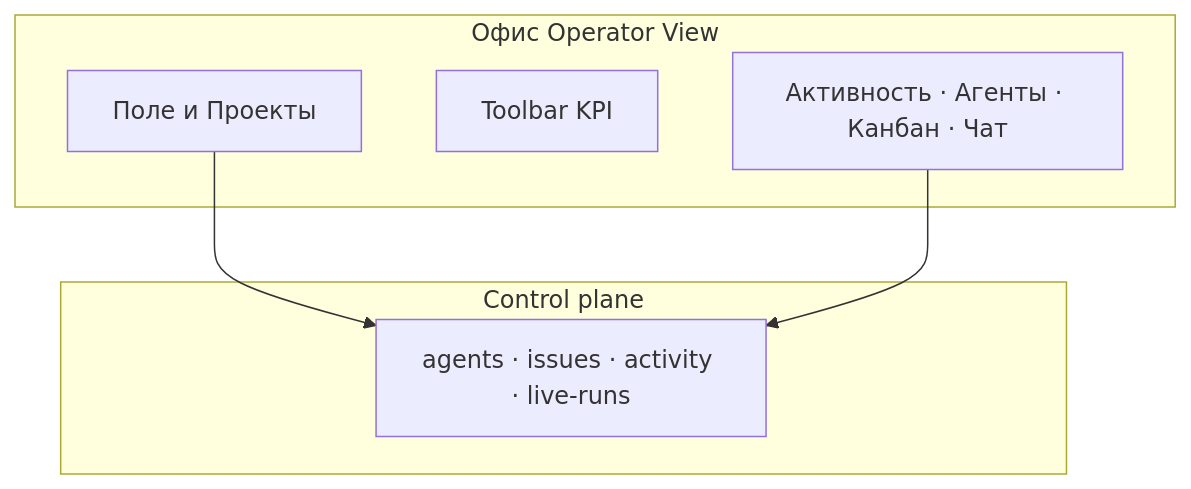
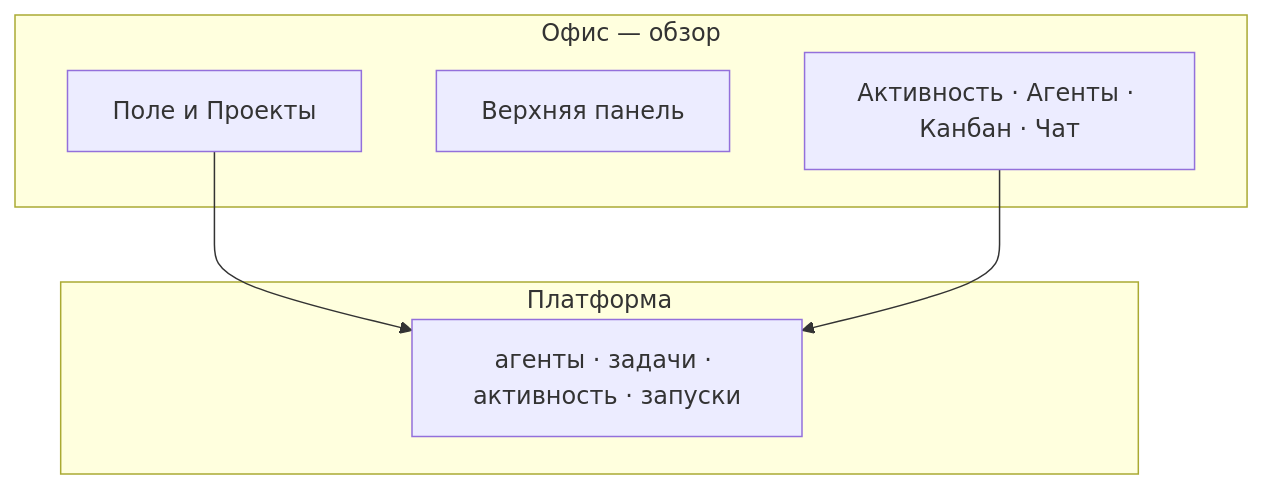
One commit to Dmitriion/datagent-docs changed the diagram in docs/guides/05-office-field.mdx. Above: the diagram before and after it, drawn with Mermaid. The commit also changed other lines of this file and 4 other files, not shown here.

````diff
--- a/docs/guides/05-office-field.mdx
+++ b/docs/guides/05-office-field.mdx
@@ -82,13 +82,13 @@
 ```mermaid
 graph TB
-  subgraph Office [Офис Operator View]
+  subgraph Office [Офис — обзор]
     Floor[Поле и Проекты]
-    KPI[Toolbar KPI]
+    KPI[Верхняя панель]
     Panels[Активность · Агенты · Канбан · Чат]
   end
-  subgraph CP [Control plane]
-    API[agents · issues · activity · live-runs]
+  subgraph CP [Платформа]
+    API[агенты · задачи · активность · запуски]
   end
   Floor --> API
   Panels --> API
 ```
````
